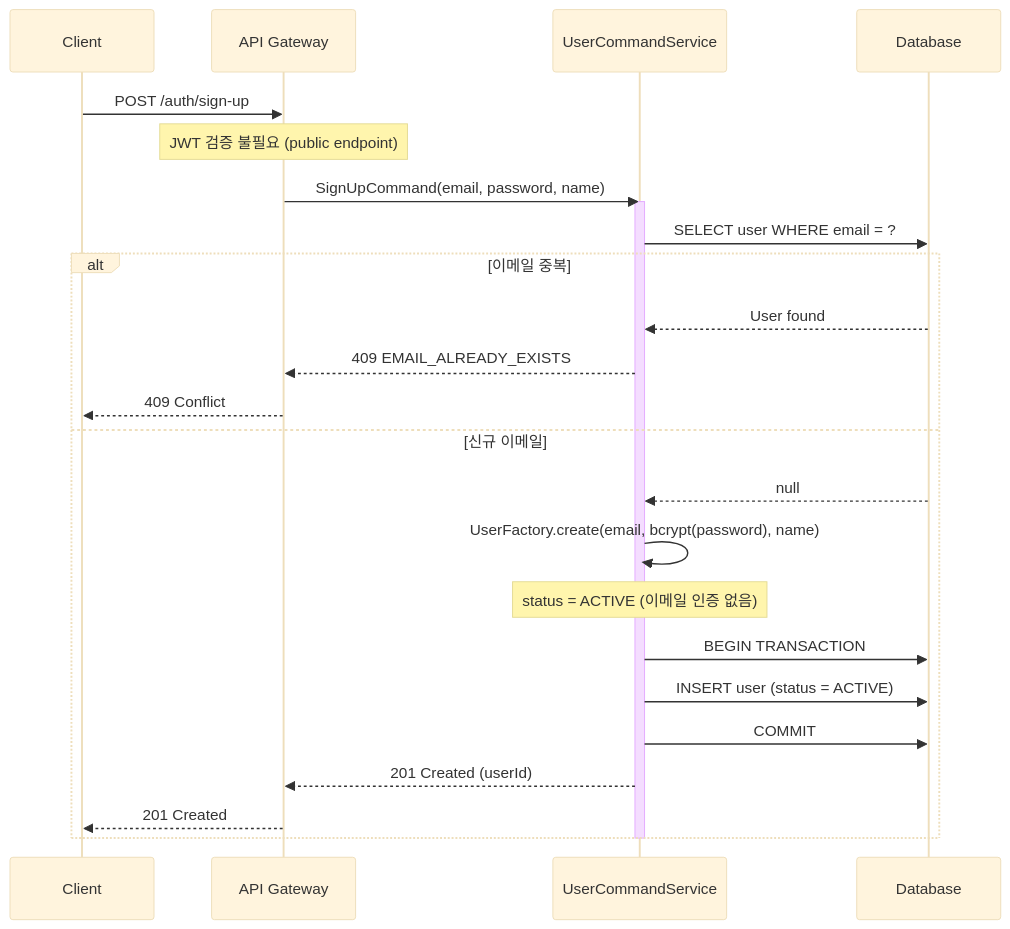
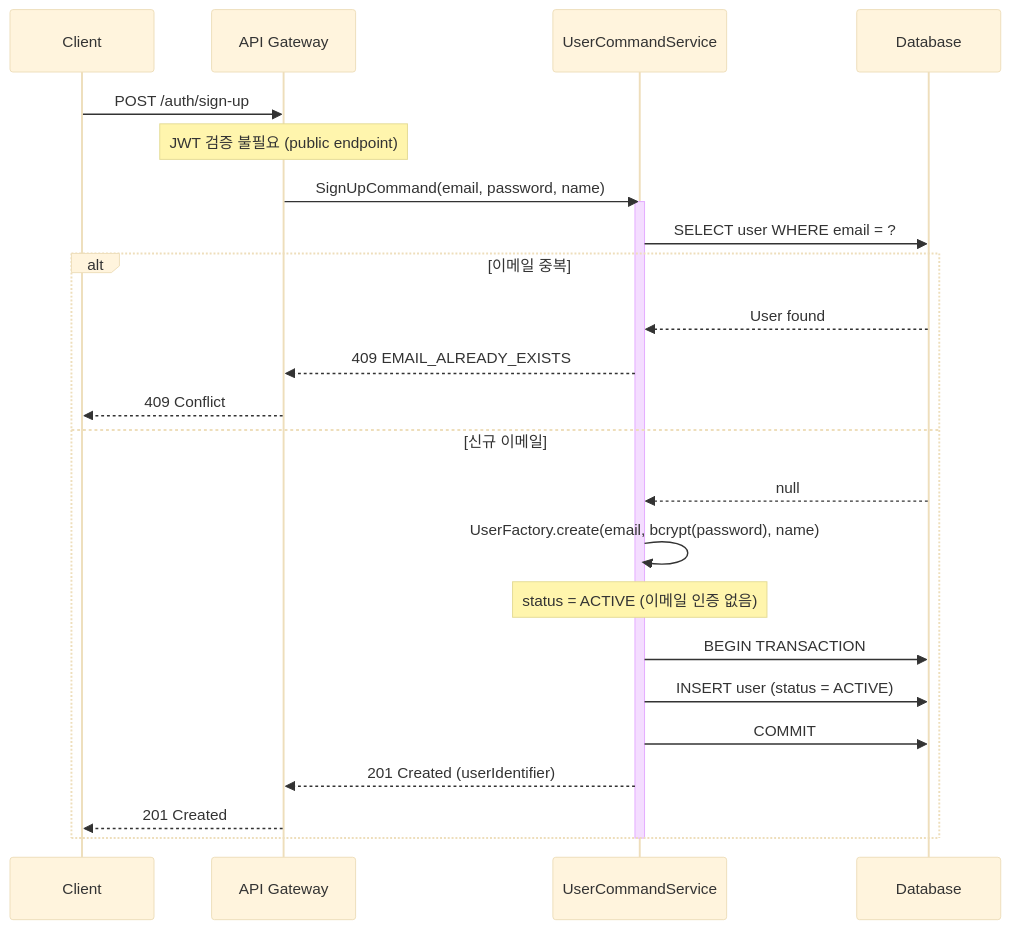
One commit to Trade-Pilot/.github changed the first of 9 diagrams in backend/user/sequence-diagram.md. Above: the diagram before and after it, drawn with Mermaid (base theme). The commit also changed other lines of this file and 17 other files, not shown here.

````diff
--- a/backend/user/sequence-diagram.md
+++ b/backend/user/sequence-diagram.md
@@ -11,32 +11,32 @@
 ```mermaid
 sequenceDiagram
     participant Client
     participant GW as API Gateway
     participant US as UserCommandService
     participant DB as Database
 
     Client->>GW: POST /auth/sign-up
     Note over GW: JWT 검증 불필요 (public endpoint)
     GW->>US: SignUpCommand(email, password, name)
 
     activate US
     US->>DB: SELECT user WHERE email = ?
     alt 이메일 중복
         DB-->>US: User found
         US-->>GW: 409 EMAIL_ALREADY_EXISTS
         GW-->>Client: 409 Conflict
     else 신규 이메일
         DB-->>US: null
 
         US->>US: UserFactory.create(email, bcrypt(password), name)
         Note over US: status = ACTIVE (이메일 인증 없음)
 
         US->>DB: BEGIN TRANSACTION
         US->>DB: INSERT user (status = ACTIVE)
         US->>DB: COMMIT
 
-        US-->>GW: 201 Created (userId)
+        US-->>GW: 201 Created (userIdentifier)
         GW-->>Client: 201 Created
     end
     deactivate US
 ```
````
